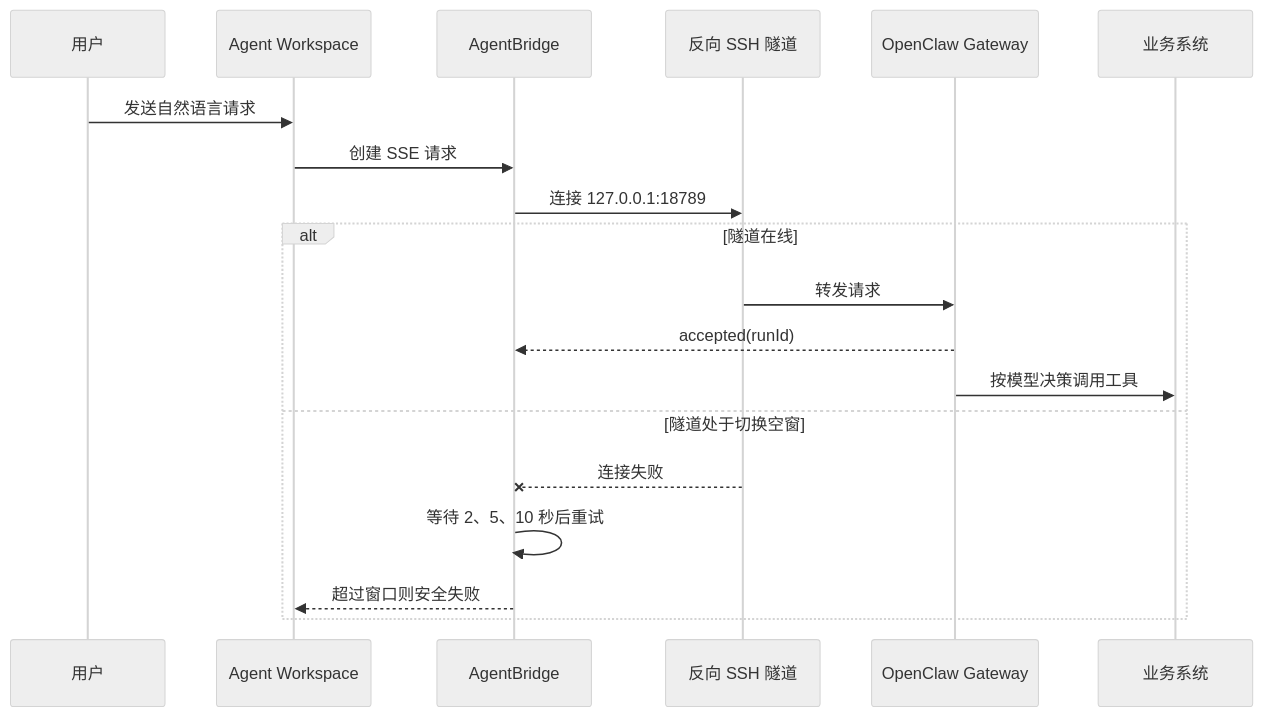
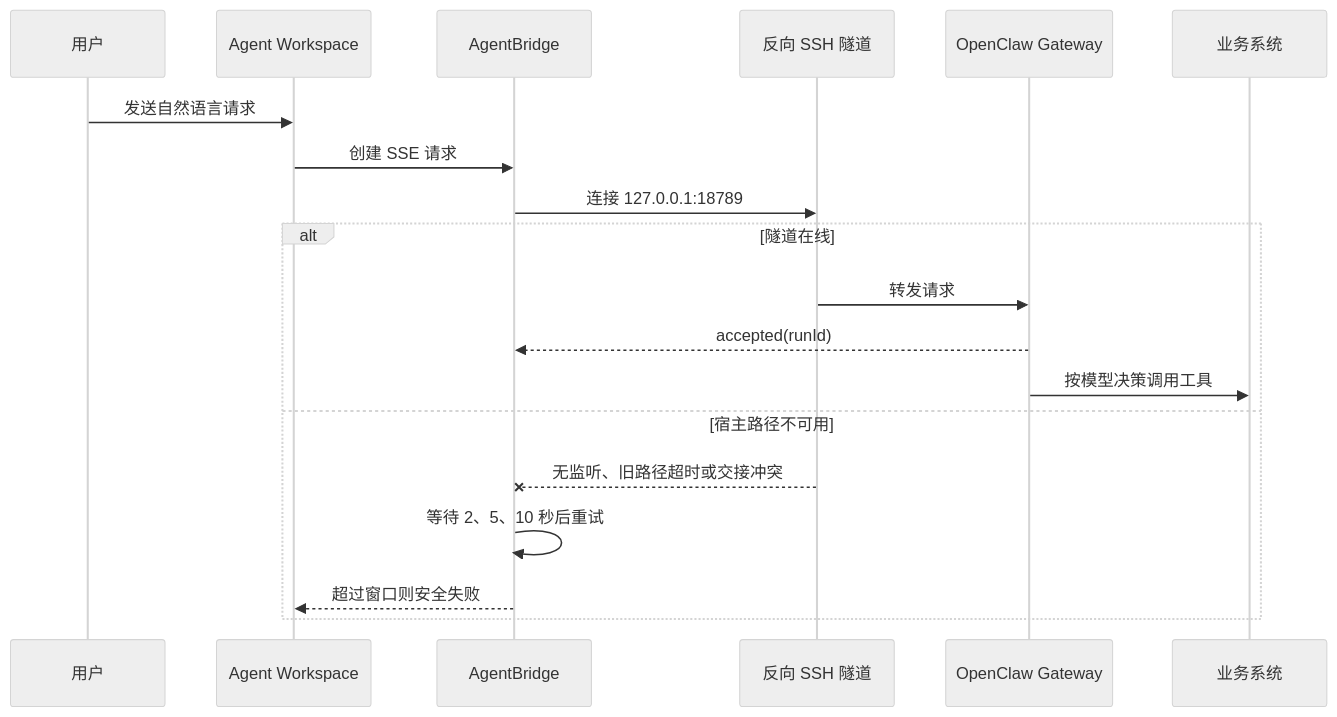
One commit to guomxin/cli-helper changed the first of 4 diagrams in docs/架构设计/工作台请求受理前可靠投递详细设计.md. Above: the diagram before and after it, drawn with Mermaid (neutral theme). The commit also changed other lines of this file and 4 other files, not shown here.

````diff
--- a/docs/架构设计/工作台请求受理前可靠投递详细设计.md
+++ b/docs/架构设计/工作台请求受理前可靠投递详细设计.md
@@ -55,22 +67,22 @@
 ```mermaid
 sequenceDiagram
     participant U as 用户
     participant W as Agent Workspace
     participant A as AgentBridge
     participant T as 反向 SSH 隧道
     participant H as OpenClaw Gateway
     participant B as 业务系统
 
     U->>W: 发送自然语言请求
     W->>A: 创建 SSE 请求
     A->>T: 连接 127.0.0.1:18789
     alt 隧道在线
         T->>H: 转发请求
         H-->>A: accepted(runId)
         H->>B: 按模型决策调用工具
-    else 隧道处于切换空窗
-        T--xA: 连接失败
+    else 宿主路径不可用
+        T--xA: 无监听、旧路径超时或交接冲突
         A->>A: 等待 2、5、10 秒后重试
         A-->>W: 超过窗口则安全失败
     end
 ```
````
